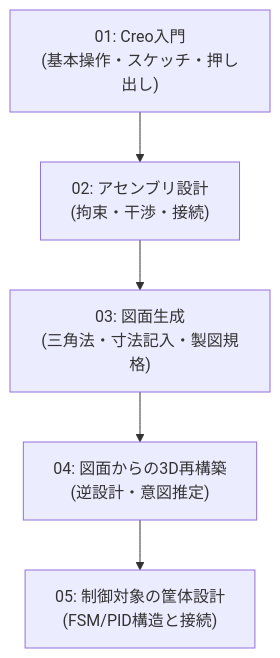
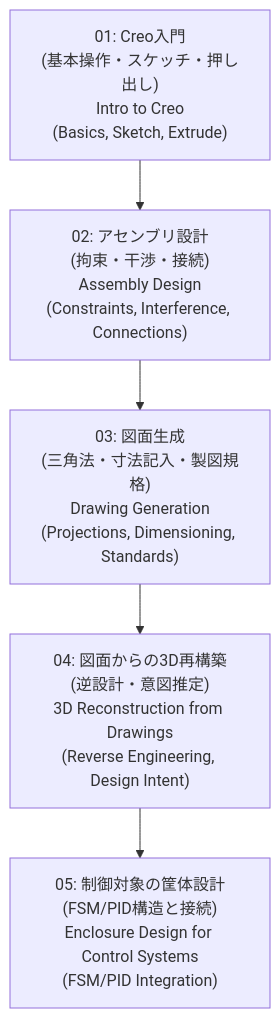
The diagram in 00_overview/README.md (Samizo-AITL/EduMecha), drawn with Mermaid before and after one commit. The commit also changed other lines of this file, not shown here.

````diff
--- a/00_overview/README.md
+++ b/00_overview/README.md
@@ -39,7 +39,7 @@
 ```mermaid
 flowchart TD
-    A["01: Creo入門<br>(基本操作・スケッチ・押し出し)"] --> B["02: アセンブリ設計<br>(拘束・干渉・接続)"]
-    B --> C["03: 図面生成<br>(三角法・寸法記入・製図規格)"]
-    C --> D["04: 図面からの3D再構築<br>(逆設計・意図推定)"]
-    D --> E["05: 制御対象の筐体設計<br>(FSM/PID構造と接続)"]
+    A["01: Creo入門<br>(基本操作・スケッチ・押し出し)<br>Intro to Creo<br>(Basics, Sketch, Extrude)"] --> B["02: アセンブリ設計<br>(拘束・干渉・接続)<br>Assembly Design<br>(Constraints, Interference, Connections)"]
+    B --> C["03: 図面生成<br>(三角法・寸法記入・製図規格)<br>Drawing Generation<br>(Projections, Dimensioning, Standards)"]
+    C --> D["04: 図面からの3D再構築<br>(逆設計・意図推定)<br>3D Reconstruction from Drawings<br>(Reverse Engineering, Design Intent)"]
+    D --> E["05: 制御対象の筐体設計<br>(FSM/PID構造と接続)<br>Enclosure Design for Control Systems<br>(FSM/PID Integration)"]
 ```
````
